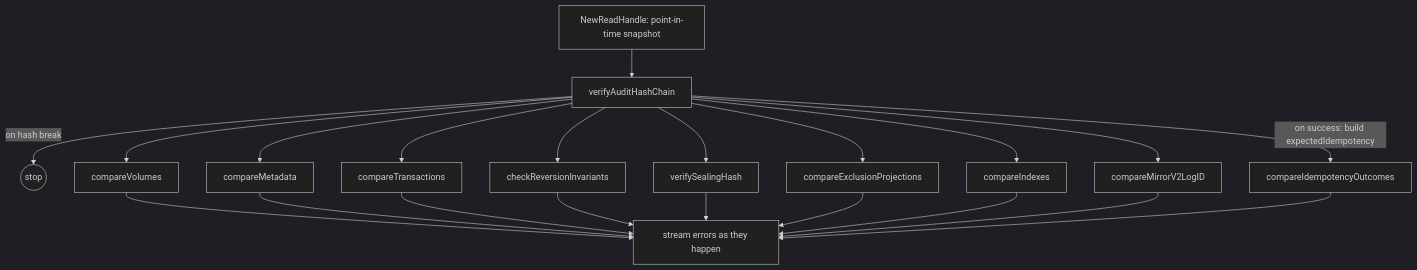
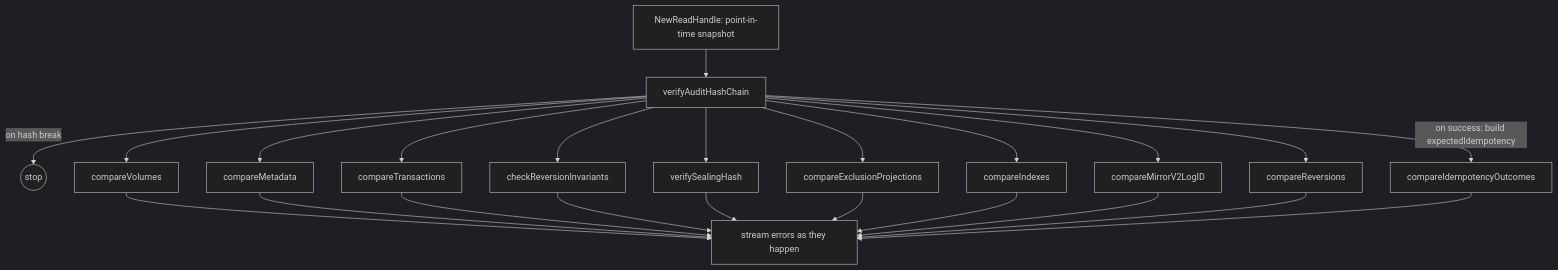
The diagram in docs/technical/architecture/subsystems/checker/checker.md (formancehq/ledger), drawn with Mermaid (dark theme) before and after one commit. The commit also changed other lines of this file and 8 other files, not shown here.

First line of the commit message:
fix(check): drive compareReversions purely from audit-derived state

````diff
--- a/docs/technical/architecture/subsystems/checker/checker.md
+++ b/docs/technical/architecture/subsystems/checker/checker.md
@@ -66,16 +67,17 @@
 ```mermaid
 flowchart TB
     A[NewReadHandle: point-in-time snapshot] --> B[verifyAuditHashChain]
     B -->|on hash break| Z((stop))
     B -->|on success: build expectedIdempotency| C[compareIdempotencyOutcomes]
     B --> D[compareVolumes]
     B --> E[compareMetadata]
     B --> F[compareTransactions]
     B --> G[checkReversionInvariants]
     B --> H[verifySealingHash]
     B --> I[compareExclusionProjections]
     B --> J[compareIndexes]
     B --> L[compareMirrorV2LogID]
-    D & E & F & G & H & I & J & L --> K[stream errors as they happen]
+    B --> M[compareReversions]
+    D & E & F & G & H & I & J & L & M --> K[stream errors as they happen]
     C --> K
 ```
````
